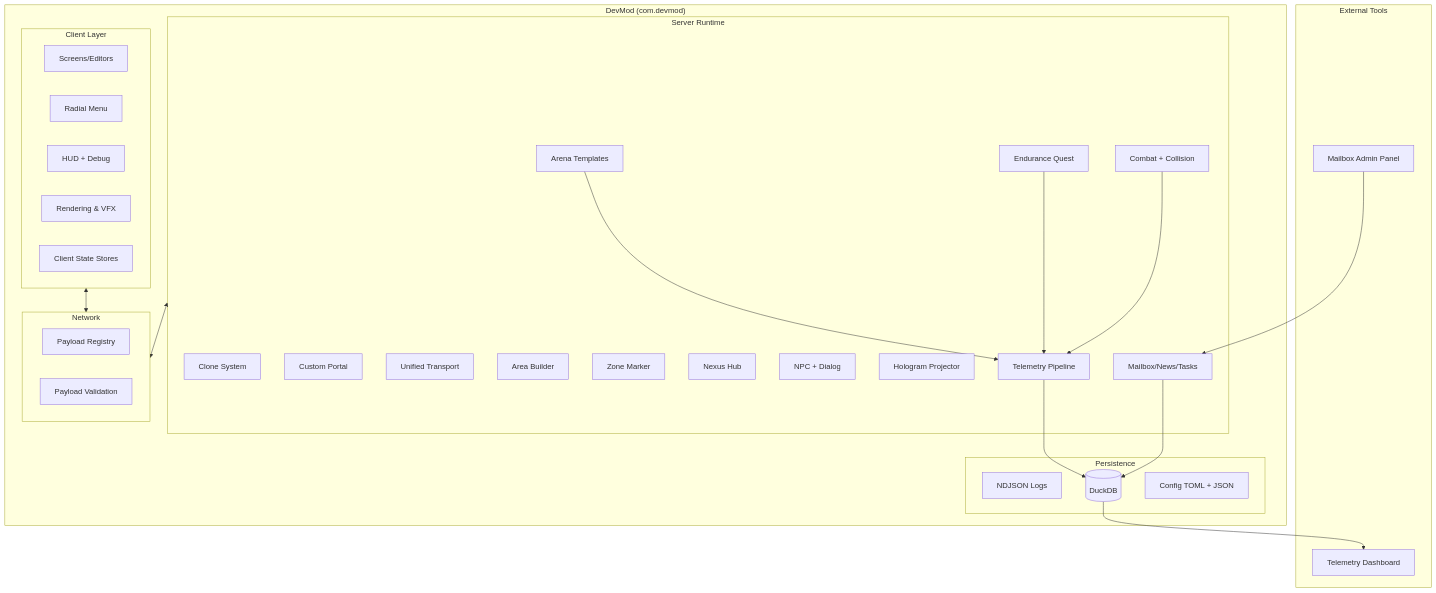
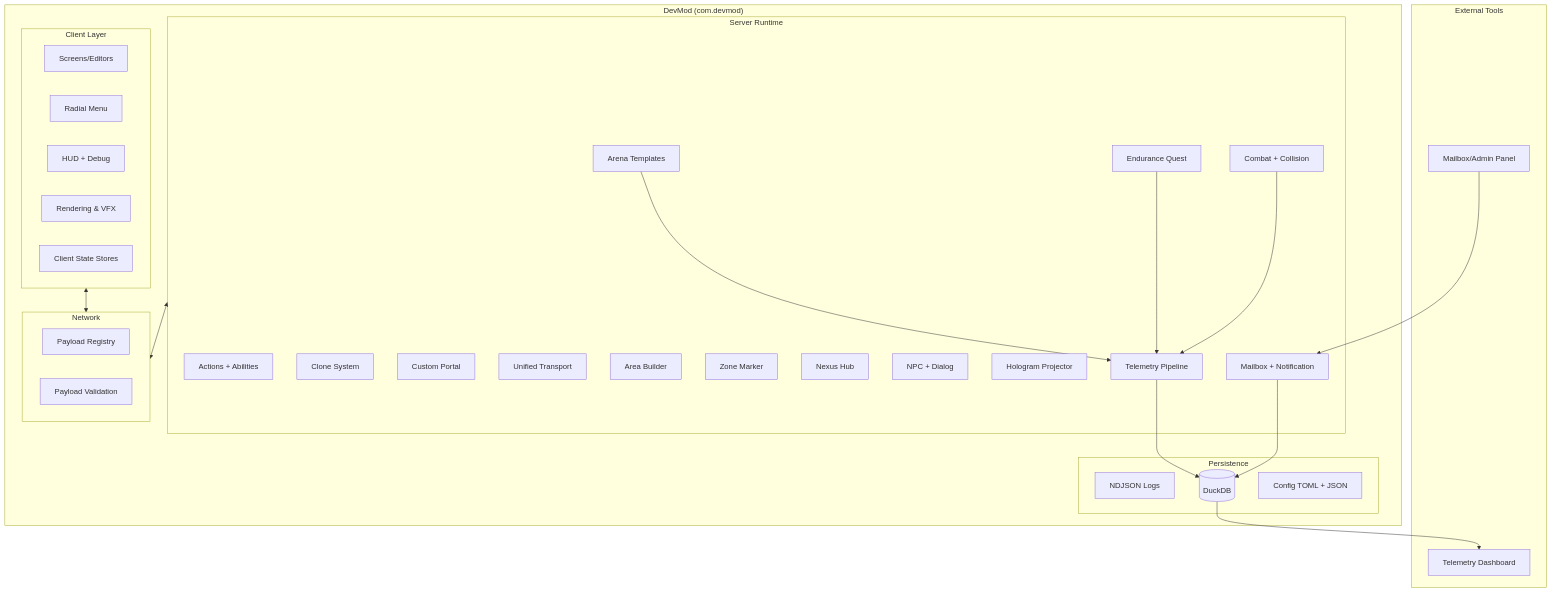
One commit to Tharidia-Organization/devMod changed the diagram in docs/ARCHITECTURE.md. Above: the diagram before and after it, drawn with Mermaid. The commit also changed other lines of this file and 366 other files, not shown here.

````diff
--- a/docs/ARCHITECTURE.md
+++ b/docs/ARCHITECTURE.md
@@ -9,55 +9,56 @@
 ```mermaid
 flowchart TB
     subgraph Mod["DevMod (com.devmod)"]
         subgraph Server["Server Runtime"]
             Arena["Arena Templates"]
             Endurance["Endurance Quest"]
             Combat["Combat + Collision"]
+            Actions["Actions + Abilities"]
             Clone["Clone System"]
             Portal["Custom Portal"]
             Transport["Unified Transport"]
             Area["Area Builder"]
             Zone["Zone Marker"]
             Nexus["Nexus Hub"]
             NPC["NPC + Dialog"]
             Hologram["Hologram Projector"]
-            Mailbox["Mailbox/News/Tasks"]
+            Mailbox["Mailbox + Notification"]
             Telemetry["Telemetry Pipeline"]
         end
 
         subgraph Client["Client Layer"]
             UI["Screens/Editors"]
             Radial["Radial Menu"]
             Overlay["HUD + Debug"]
             Render["Rendering & VFX"]
             State["Client State Stores"]
         end
 
         subgraph Network["Network"]
             Payloads["Payload Registry"]
             Validation["Payload Validation"]
         end
 
         subgraph Storage["Persistence"]
             NDJSON["NDJSON Logs"]
             DuckDB[("DuckDB")]
             Config["Config TOML + JSON"]
         end
     end
 
     subgraph External["External Tools"]
         Dashboard["Telemetry Dashboard"]
-        AdminPanel["Mailbox Admin Panel"]
+        AdminPanel["Mailbox/Admin Panel"]
     end
 
     Combat --> Telemetry
     Endurance --> Telemetry
     Arena --> Telemetry
     Mailbox --> DuckDB
     Telemetry --> DuckDB
     DuckDB --> Dashboard
     AdminPanel --> Mailbox
 
     Server <--> Network
     Client <--> Network
 ```
````
